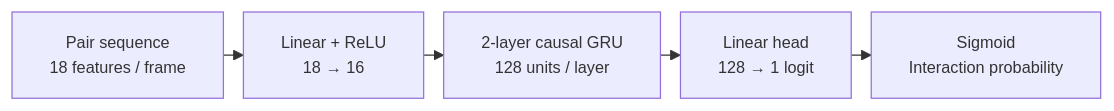
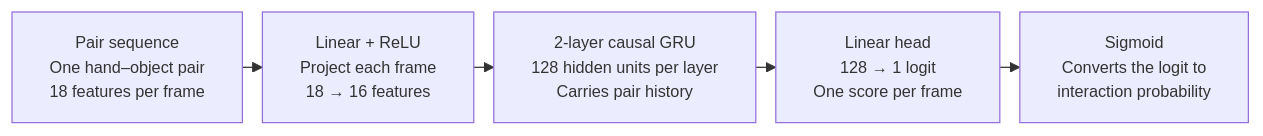
One commit to dheller307/egouse changed the second of 2 diagrams in README.md. Above: the diagram before and after it, drawn with Mermaid. The commit also changed other lines of this file and 2 other files, not shown here.

Commit message:
Refine README diagrams and demo thumbnail layout

````diff
--- a/README.md
+++ b/README.md
@@ -75,11 +77,11 @@
 ```mermaid
 %%{init: {"flowchart": {"nodeSpacing": 12, "rankSpacing": 16}, "themeVariables": {"fontSize": "13px"}}}%%
 flowchart LR
-    F["Pair sequence<br/>18 features / frame"]
-    E["Linear + ReLU<br/>18 → 16"]
-    G["2-layer causal GRU<br/>128 units / layer"]
-    H["Linear head<br/>128 → 1 logit"]
-    P["Sigmoid<br/>Interaction probability"]
+    F["Pair sequence<br/>One hand–object pair<br/>18 features per frame"]
+    E["Linear + ReLU<br/>Project each frame<br/>18 → 16 features"]
+    G["2-layer causal GRU<br/>128 hidden units per layer<br/>Carries pair history"]
+    H["Linear head<br/>128 → 1 logit<br/>One score per frame"]
+    P["Sigmoid<br/>Converts the logit to<br/>interaction probability"]
 
     F --> E --> G --> H --> P
 ```
````
